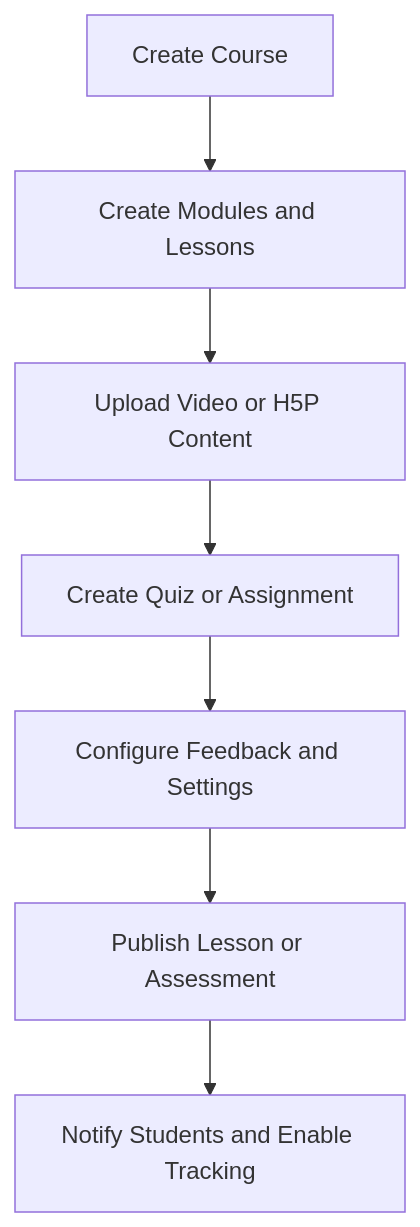
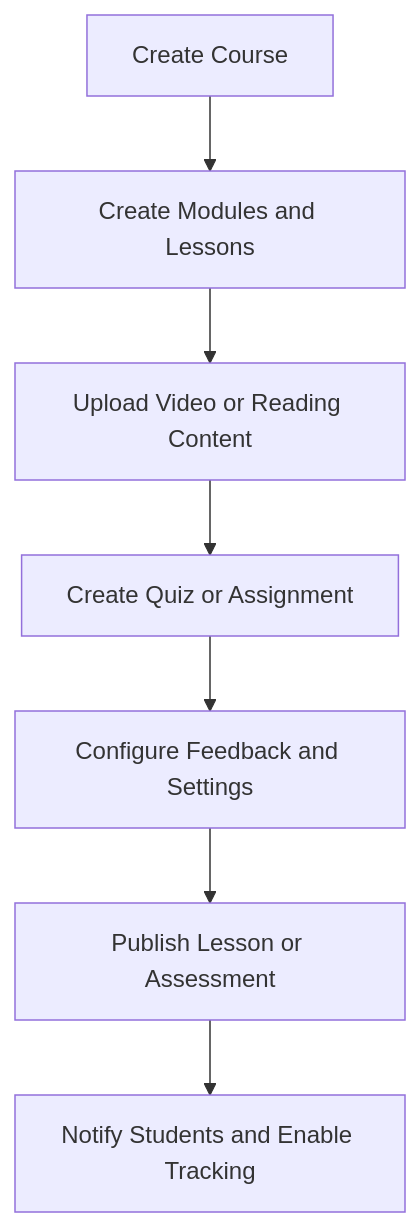
One commit to wingkit123/QuestLearn changed the fourth of 15 diagrams in part-i/Use-Cases.md. Above: the diagram before and after it, drawn with Mermaid. The commit also changed other lines of this file and 9 other files, not shown here.

````diff
--- a/part-i/Use-Cases.md
+++ b/part-i/Use-Cases.md
@@ -388,9 +371,9 @@
 ```mermaid
 flowchart TD
     A[Create Course] --> B[Create Modules and Lessons]
-    B --> C[Upload Video or H5P Content]
+    B --> C[Upload Video or Reading Content]
     C --> D[Create Quiz or Assignment]
     D --> E[Configure Feedback and Settings]
     E --> F[Publish Lesson or Assessment]
     F --> G[Notify Students and Enable Tracking]
 ```
````
